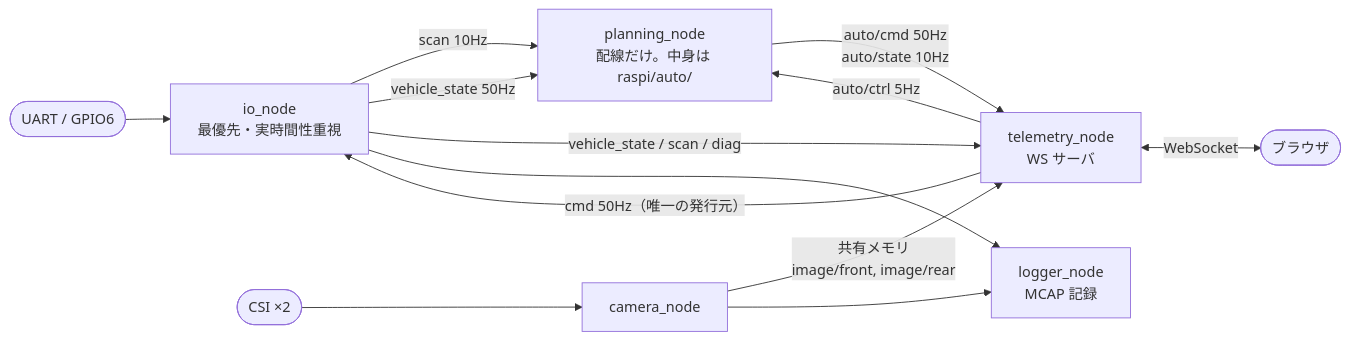
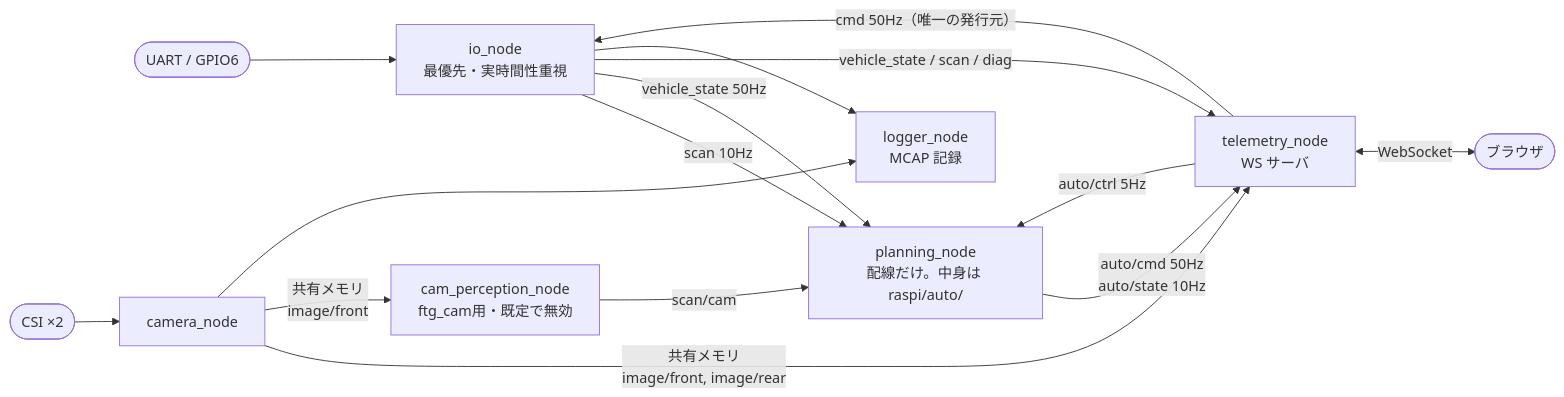
Before and after one commit to banbatakumi/AutonomousCar_RasPi: the third of 4 diagrams in surge_mk2/docs/system_overview.md, drawn with Mermaid. The commit also changed other lines of this file and 3 other files, not shown here.

````diff
--- a/surge_mk2/docs/system_overview.md
+++ b/surge_mk2/docs/system_overview.md
@@ -279,22 +279,25 @@
 ```mermaid
 flowchart LR
     UART(["UART / GPIO6"]) --> IO
     CSI(["CSI ×2"]) --> CAM
 
     IO["io_node<br/>最優先・実時間性重視"]
     CAM["camera_node"]
+    CAMPERC["cam_perception_node<br/>ftg_cam用・既定で無効"]
     PLAN["planning_node<br/>配線だけ。中身は raspi/auto/"]
     TELE["telemetry_node<br/>WS サーバ"]
     LOG["logger_node<br/>MCAP 記録"]
 
     IO -->|"scan 10Hz"| PLAN
     IO -->|"vehicle_state 50Hz"| PLAN
     IO -->|"vehicle_state / scan / diag"| TELE
     IO --> LOG
     CAM -->|"共有メモリ<br/>image/front, image/rear"| TELE
+    CAM -->|"共有メモリ<br/>image/front"| CAMPERC
     CAM --> LOG
+    CAMPERC -->|"scan/cam"| PLAN
     PLAN -->|"auto/cmd 50Hz<br/>auto/state 10Hz"| TELE
     TELE -->|"cmd 50Hz（唯一の発行元）"| IO
     TELE -->|"auto/ctrl 5Hz"| PLAN
     TELE <-->|"WebSocket"| BROWSER(["ブラウザ"])
 ```
````
